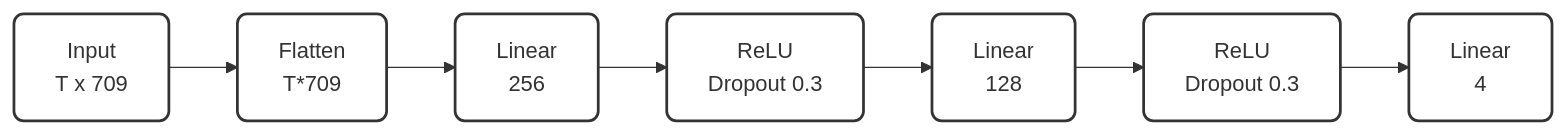
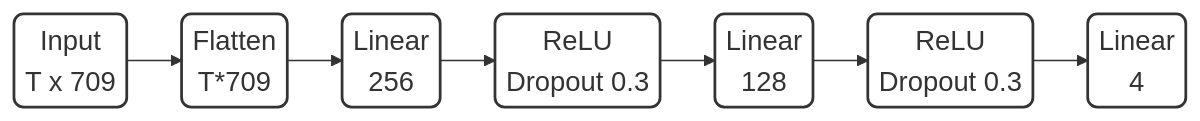
One commit to hoa2004st/CNN-in-CMOSE changed the first of 12 diagrams in documents/thesis/diagrams_mermaid.md. Above: the diagram before and after it, drawn with Mermaid. The commit also changed other lines of this file and 29 other files, not shown here.

Commit message:
re-draw diagram, remove line wrap

````diff
--- a/documents/thesis/diagrams_mermaid.md
+++ b/documents/thesis/diagrams_mermaid.md
@@ -25,10 +40,15 @@
 ```mermaid
+---
+config:
+  themeVariables:
+    fontSize: 20px
+  flowchart:
+    padding: 4
+    nodeSpacing: 30
+    rankSpacing: 40
+---
 flowchart LR
-    A["Input\nT x 709"] --> B["Flatten\nT*709"]
-    B --> C["Linear\n 256"]
-    C --> D["ReLU\nDropout 0.3"]
-    D --> E["Linear\n 128"]
-    E --> F["ReLU\nDropout 0.3"]
-    F --> G["Linear\n 4"]
+    A["Input\nT x 709"] --> B["Flatten\nT*709"] --> C["Linear\n 256"] --> D["ReLU\nDropout 0.3"]
+    D --> E["Linear\n 128"] --> F["ReLU\nDropout 0.3"] --> G["Linear\n 4"]
     classDef default fill:#ffffff,stroke:#333,stroke-width:2px,rx:7px,ry:7px
 ```
````
